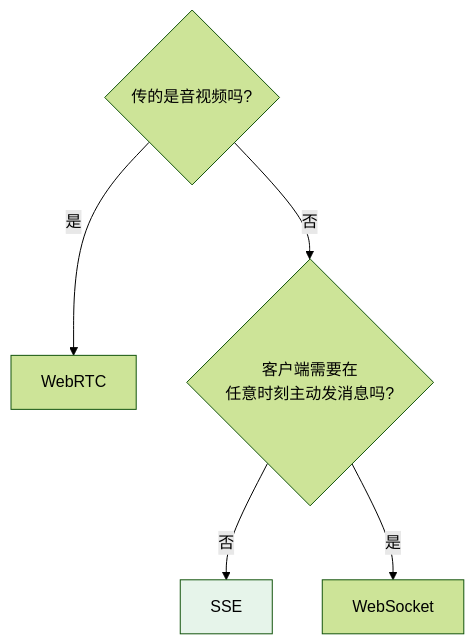
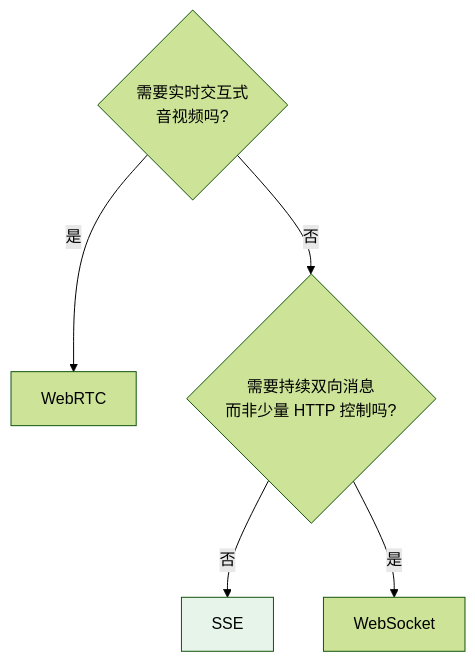
The fifth of 5 diagrams in docs/tools/05-transport-gateway/13-sse-websocket-webrtc.md (oneleaveknowsthefall/awesome-ai-roadmap), drawn with Mermaid (forest theme) before and after one commit. The commit also changed other lines of this file and 50 other files, not shown here.

````diff
--- a/docs/tools/05-transport-gateway/13-sse-websocket-webrtc.md
+++ b/docs/tools/05-transport-gateway/13-sse-websocket-webrtc.md
@@ -286,10 +298,10 @@
 ```mermaid
 flowchart TB
-    Q1{"传的是音视频吗?"}
+    Q1{"需要实时交互式<br/>音视频吗?"}
     Q1 -->|是| RTC["WebRTC"]
-    Q1 -->|否| Q2{"客户端需要在<br/>任意时刻主动发消息吗?"}
+    Q1 -->|否| Q2{"需要持续双向消息<br/>而非少量 HTTP 控制吗?"}
     Q2 -->|否| SSE["SSE"]
     Q2 -->|是| WS["WebSocket"]
 
     style SSE fill:#e6f4ea
 ```
````
